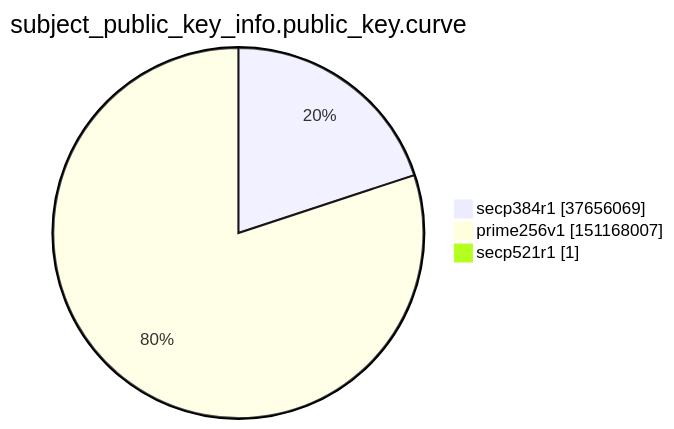
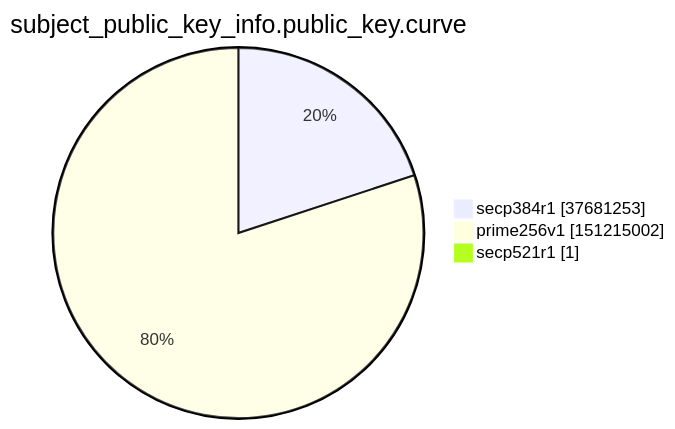
The ninth of 15 diagrams in xenon2022/README.md (christiankrug/ctmonitor_visualization), drawn with Mermaid before and after one commit. The commit also changed other lines of this file, not shown here.

````diff
--- a/xenon2022/README.md
+++ b/xenon2022/README.md
@@ -2859,7 +2859,7 @@
 ```mermaid
 pie showData
 title subject_public_key_info.public_key.curve
-"secp384r1" :37656069
-"prime256v1" :151168007
+"secp384r1" :37681253
+"prime256v1" :151215002
 "secp521r1" :1
 ```
````
